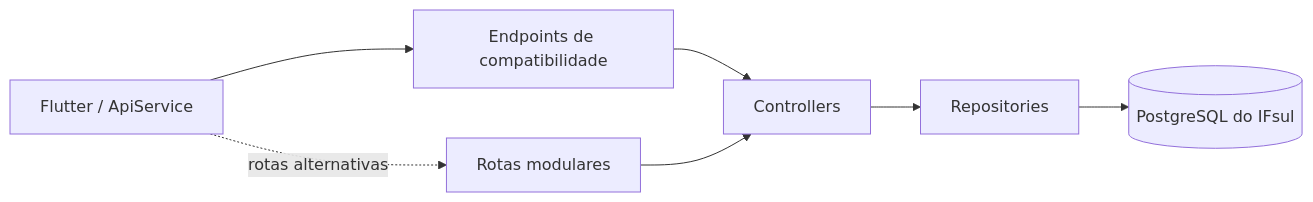
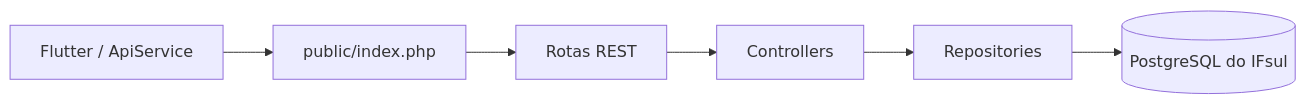
One commit to HJcedo/PDM-Entrega-Francisco changed the diagram in programec-api/README.md. Above: the diagram before and after it, drawn with Mermaid. The commit also changed other lines of this file and 41 other files, not shown here.

````diff
--- a/programec-api/README.md
+++ b/programec-api/README.md
@@ -17,16 +18,15 @@
 ```mermaid
 flowchart LR
     FLUTTER["Flutter / ApiService"]
-    ENDPOINTS["Endpoints de compatibilidade"]
-    ROUTES["Rotas modulares"]
+    ROUTER["public/index.php"]
+    ROUTES["Rotas REST"]
     CONTROLLERS["Controllers"]
     REPOSITORIES["Repositories"]
     POSTGRES[("PostgreSQL do IFsul")]
 
-    FLUTTER --> ENDPOINTS
-    FLUTTER -. "rotas alternativas" .-> ROUTES
-    ENDPOINTS --> CONTROLLERS
+    FLUTTER --> ROUTER
+    ROUTER --> ROUTES
     ROUTES --> CONTROLLERS
     CONTROLLERS --> REPOSITORIES
     REPOSITORIES --> POSTGRES
 ```
````
